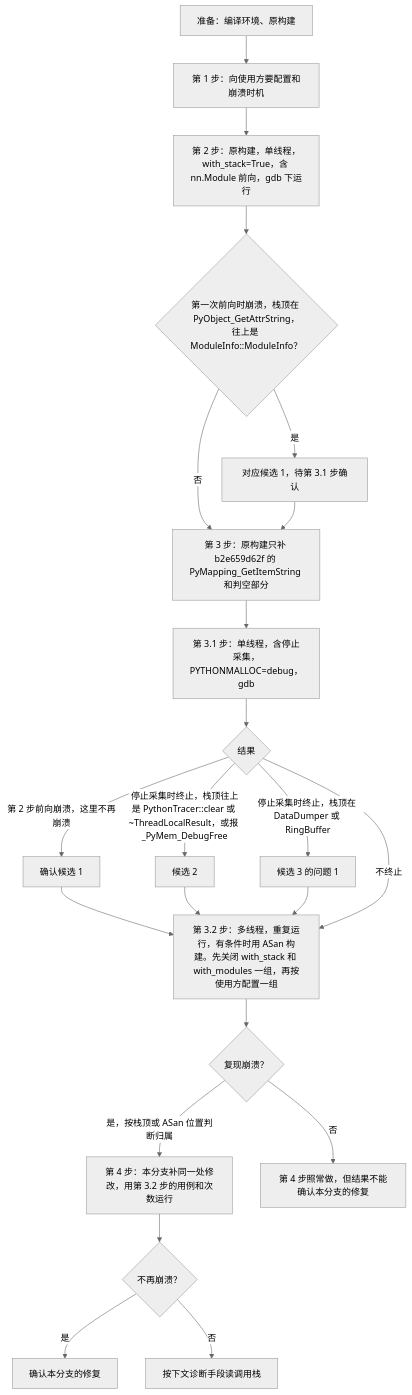
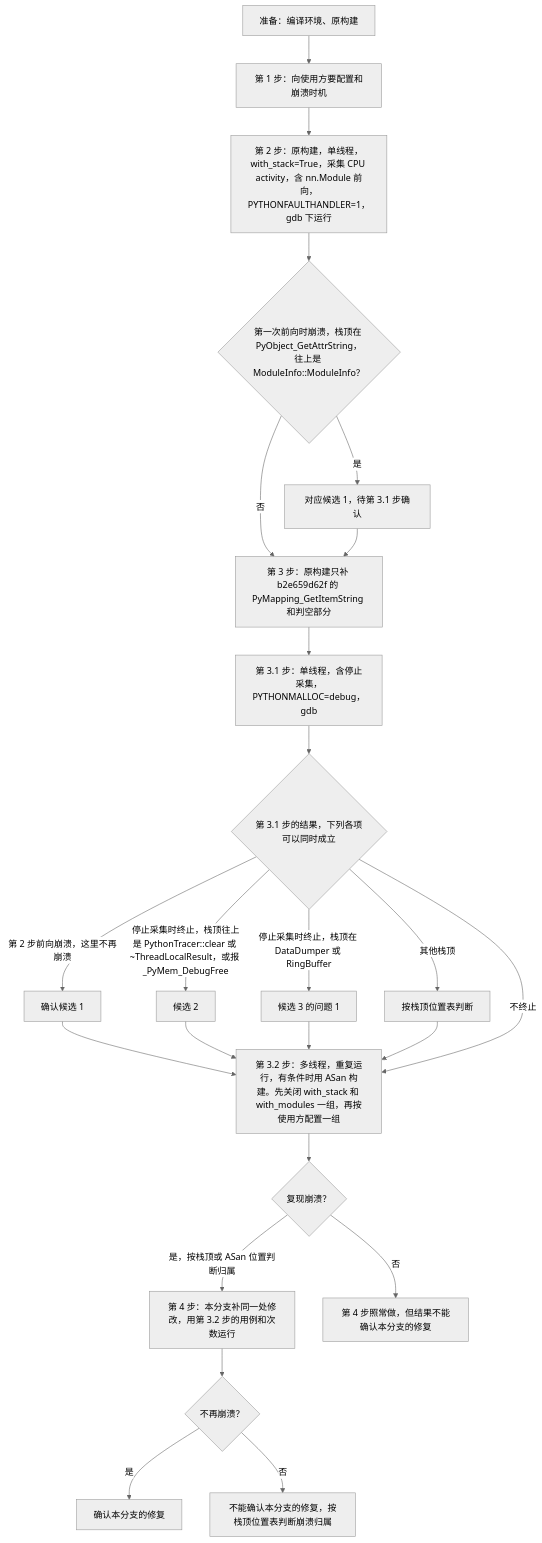
The diagram in docs/profiler_free_threaded/analysis.md (yinwu01/torch_npu), drawn with Mermaid (neutral theme) before and after one commit. The commit also changed other lines of this file and 4 other files, not shown here.

````diff
--- a/docs/profiler_free_threaded/analysis.md
+++ b/docs/profiler_free_threaded/analysis.md
@@ -417,24 +432,26 @@
 ```mermaid
 flowchart TD
     P["准备：编译环境、原构建"] --> S1["第 1 步：向使用方要配置和崩溃时机"]
-    S1 --> S2["第 2 步：原构建，单线程，with_stack=True，含 nn.Module 前向，gdb 下运行"]
+    S1 --> S2["第 2 步：原构建，单线程，with_stack=True，采集 CPU activity，含 nn.Module 前向，PYTHONFAULTHANDLER=1，gdb 下运行"]
     S2 --> D2{"第一次前向时崩溃，栈顶在 PyObject_GetAttrString，往上是 ModuleInfo::ModuleInfo？"}
     D2 -->|是| C1P["对应候选 1，待第 3.1 步确认"]
     D2 -->|否| S3
     C1P --> S3["第 3 步：原构建只补 b2e659d62f 的 PyMapping_GetItemString 和判空部分"]
     S3 --> S31["第 3.1 步：单线程，含停止采集，PYTHONMALLOC=debug，gdb"]
-    S31 --> D31{"结果"}
+    S31 --> D31{"第 3.1 步的结果，下列各项可以同时成立"}
     D31 -->|"第 2 步前向崩溃，这里不再崩溃"| C1["确认候选 1"]
     D31 -->|"停止采集时终止，栈顶往上是 PythonTracer::clear 或 ~ThreadLocalResult，或报 _PyMem_DebugFree"| C2["候选 2"]
     D31 -->|"停止采集时终止，栈顶在 DataDumper 或 RingBuffer"| C3["候选 3 的问题 1"]
+    D31 -->|"其他栈顶"| CX["按栈顶位置表判断"]
     C1 --> S32
     C2 --> S32
     C3 --> S32
+    CX --> S32
     D31 -->|不终止| S32["第 3.2 步：多线程，重复运行，有条件时用 ASan 构建。先关闭 with_stack 和 with_modules 一组，再按使用方配置一组"]
     S32 --> D32{"复现崩溃？"}
     D32 -->|"是，按栈顶或 ASan 位置判断归属"| S4["第 4 步：本分支补同一处修改，用第 3.2 步的用例和次数运行"]
     D32 -->|否| S4N["第 4 步照常做，但结果不能确认本分支的修复"]
     S4 --> D4{"不再崩溃？"}
     D4 -->|是| OK["确认本分支的修复"]
-    D4 -->|否| DX["按下文诊断手段读调用栈"]
+    D4 -->|否| DX["不能确认本分支的修复，按栈顶位置表判断崩溃归属"]
 ```
````
